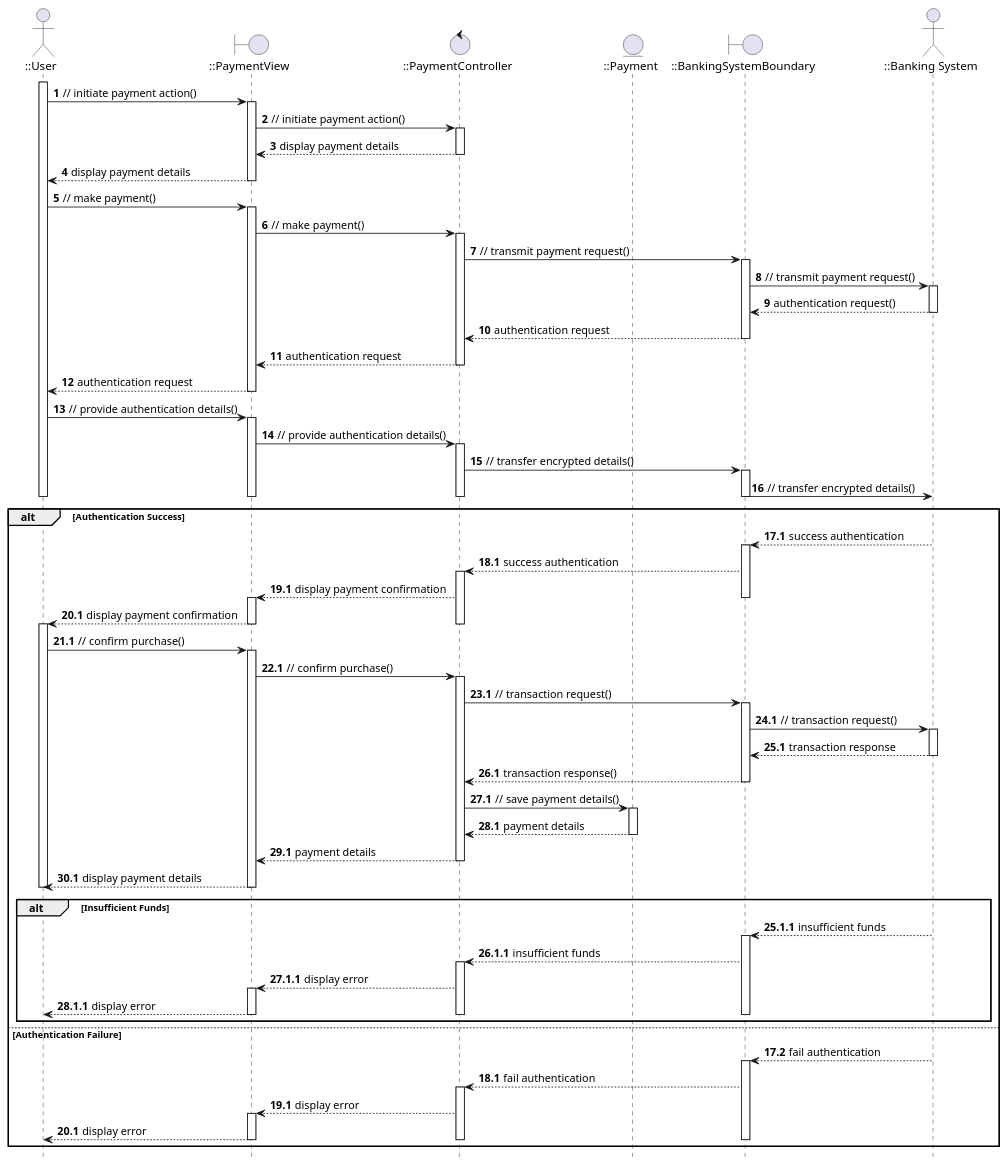
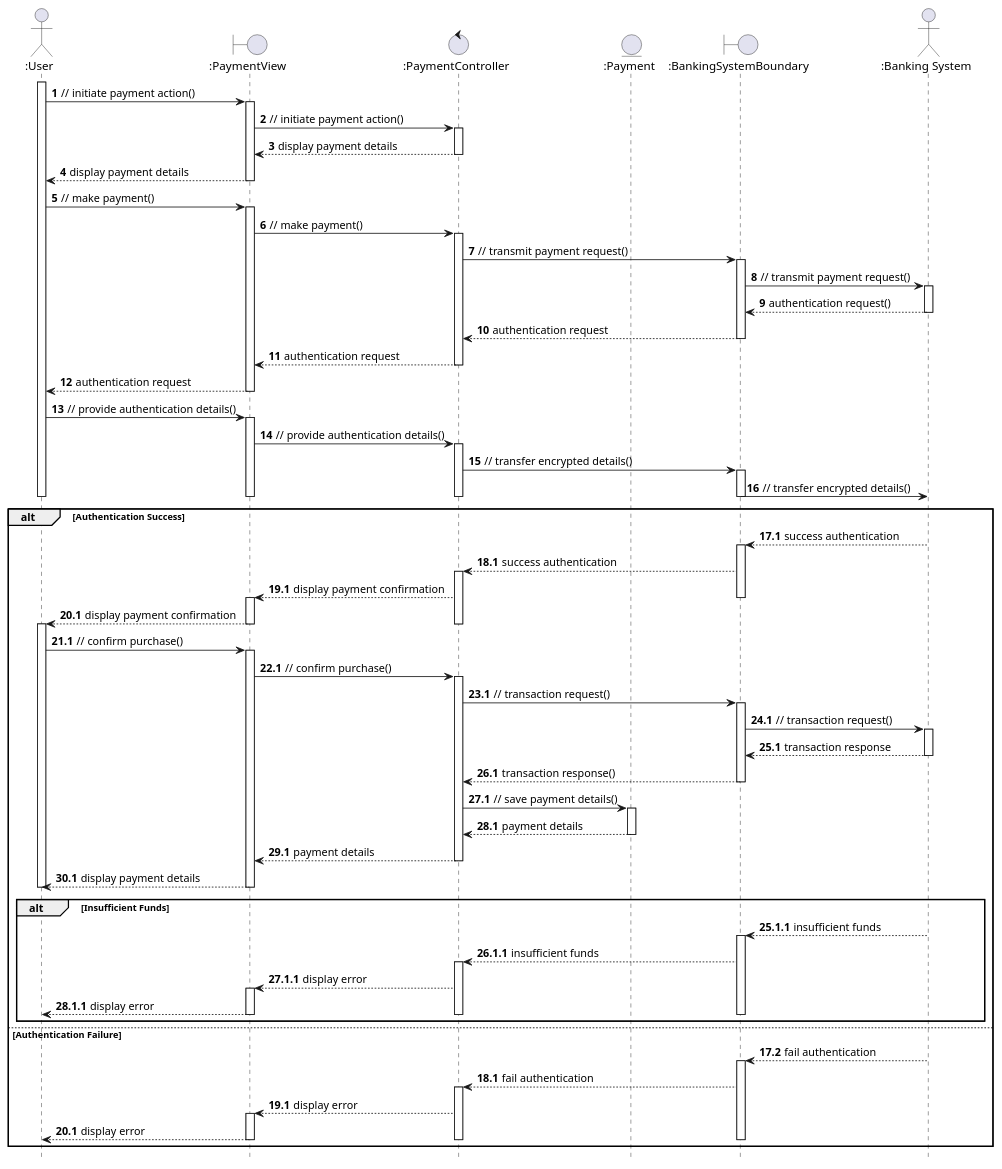
One commit to anhbanlinhle/velocity-exchange changed the diagram in uml/analysis/sequence/make_payment.pu. Above: the diagram before and after it, drawn with PlantUML. The commit also changed 5 other files, not shown here.

```diff
--- a/uml/analysis/sequence/make_payment.pu
+++ b/uml/analysis/sequence/make_payment.pu
@@ -1,137 +1,137 @@
 @startuml
 hide footbox
 
-actor "::User" as User
-boundary "::PaymentView" as PaymentView
-control "::PaymentController" as PaymentController
-entity "::Payment" as Payment
-boundary  "::BankingSystemBoundary" as BankingSystemBoundary
-actor "::Banking System" as BankingSystem
+actor ":User" as User
+boundary ":PaymentView" as PaymentView
+control ":PaymentController" as PaymentController
+entity ":Payment" as Payment
+boundary  ":BankingSystemBoundary" as BankingSystemBoundary
+actor ":Banking System" as BankingSystem
 
 autonumber
 
 activate User
   User -> PaymentView: // initiate payment action()
   activate PaymentView
     PaymentView -> PaymentController: // initiate payment action()
     activate PaymentController
       PaymentController --> PaymentView: display payment details
     deactivate PaymentController
     PaymentView --> User: display payment details
   deactivate PaymentView
   
   User -> PaymentView: // make payment()
   activate PaymentView
     PaymentView -> PaymentController: // make payment()
     activate PaymentController
       PaymentController ->  BankingSystemBoundary: // transmit payment request()
       activate  BankingSystemBoundary
          BankingSystemBoundary -> BankingSystem: // transmit payment request()
         activate BankingSystem
           BankingSystem -->  BankingSystemBoundary: authentication request()
         deactivate BankingSystem
         BankingSystemBoundary --> PaymentController: authentication request
       deactivate  BankingSystemBoundary
       PaymentController --> PaymentView: authentication request
     deactivate PaymentController
     PaymentView --> User: authentication request
   deactivate PaymentView
   User -> PaymentView: // provide authentication details()
   activate PaymentView
     PaymentView -> PaymentController: // provide authentication details()
     activate PaymentController
       PaymentController ->  BankingSystemBoundary: // transfer encrypted details()
       activate  BankingSystemBoundary
          BankingSystemBoundary -> BankingSystem: // transfer encrypted details()
       deactivate  BankingSystemBoundary
     deactivate PaymentController
   deactivate PaymentView
 deactivate User
 
 alt Authentication Success
   autonumber 17.1
     BankingSystem -->  BankingSystemBoundary: success authentication
     autonumber inc A
     activate  BankingSystemBoundary
       BankingSystemBoundary --> PaymentController: success authentication
       autonumber inc A
       activate PaymentController
         PaymentController --> PaymentView: display payment confirmation
         autonumber inc A
     deactivate  BankingSystemBoundary
         activate PaymentView
           PaymentView --> User: display payment confirmation
           autonumber inc A
       deactivate PaymentController
         deactivate PaymentView
 
       activate User
         User -> PaymentView: // confirm purchase()
         autonumber inc A
         activate PaymentView
           PaymentView -> PaymentController: // confirm purchase()
           autonumber inc A
           activate PaymentController
             PaymentController ->  BankingSystemBoundary: // transaction request()
             autonumber inc A
             activate  BankingSystemBoundary
               BankingSystemBoundary -> BankingSystem: // transaction request()
               autonumber inc A
               activate BankingSystem
                 BankingSystem -->  BankingSystemBoundary: transaction response
                 autonumber inc A
               deactivate BankingSystem
               BankingSystemBoundary --> PaymentController: transaction response()
               autonumber inc A
             deactivate  BankingSystemBoundary
             PaymentController -> Payment: // save payment details()
             autonumber inc A
             activate Payment
               Payment --> PaymentController: payment details
               autonumber inc A
             deactivate Payment
             PaymentController --> PaymentView: payment details
             autonumber inc A
           deactivate PaymentController
           PaymentView --> User: display payment details
           autonumber inc A
         deactivate PaymentView
       deactivate User
 
     alt Insufficient Funds
       autonumber 25.1.1
       BankingSystem -->  BankingSystemBoundary: insufficient funds
       autonumber inc A
       activate  BankingSystemBoundary
         BankingSystemBoundary --> PaymentController: insufficient funds
         autonumber inc A
         activate PaymentController
           PaymentController --> PaymentView: display error
           autonumber inc A
           activate PaymentView
             PaymentView --> User: display error
             autonumber inc A
           deactivate PaymentView
         deactivate PaymentController
       deactivate  BankingSystemBoundary
     end
 
 else Authentication Failure
   autonumber 17.2
   BankingSystem -->  BankingSystemBoundary: fail authentication
   autonumber inc A
     activate  BankingSystemBoundary
       BankingSystemBoundary --> PaymentController: fail authentication
       autonumber inc A
       activate PaymentController
         PaymentController --> PaymentView: display error
         autonumber inc A
         activate PaymentView
           PaymentView --> User: display error
           autonumber inc A
         deactivate PaymentView
       deactivate PaymentController
     deactivate  BankingSystemBoundary
 end
 
 @enduml
```
